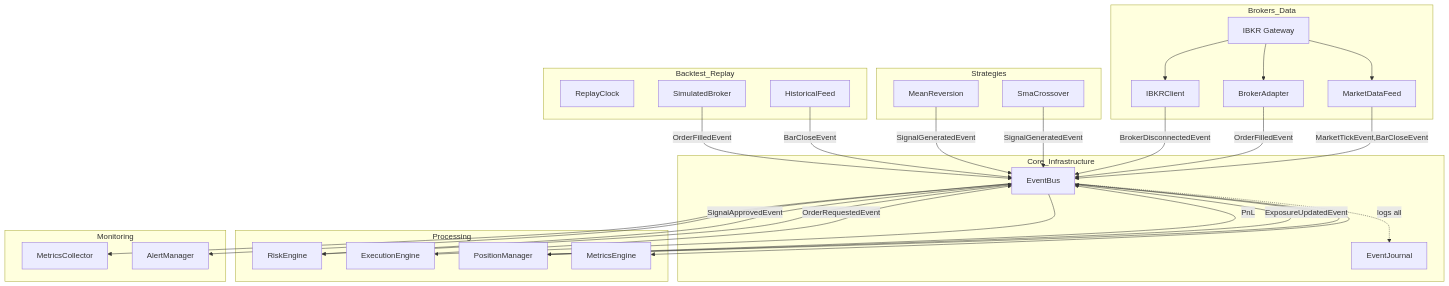
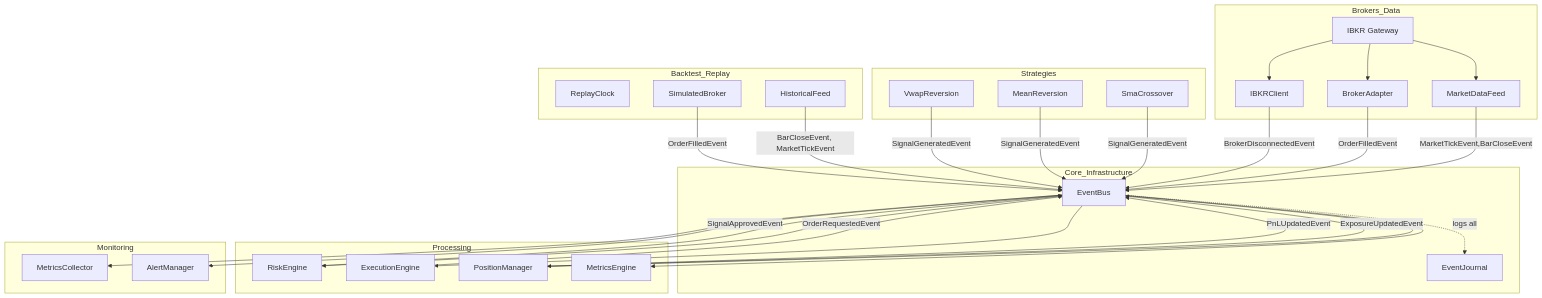
One commit to aryamsharma/edrader changed the diagram in AGENTS.md. Above: the diagram before and after it, drawn with Mermaid. The commit also changed other lines of this file and 7 other files, not shown here.

````diff
--- a/AGENTS.md
+++ b/AGENTS.md
@@ -19,54 +23,56 @@
 ```mermaid
 graph TB
     subgraph Brokers_Data
         IB[IBKR Gateway]
         MDF[MarketDataFeed]
         BA[BrokerAdapter]
         IC[IBKRClient]
     end
     subgraph Core_Infrastructure
         EB[EventBus]
         EJ[EventJournal]
     end
     subgraph Processing
         RE[RiskEngine]
         EE[ExecutionEngine]
         PM[PositionManager]
         ME[MetricsEngine]
     end
     subgraph Strategies
         SC[SmaCrossover]
         MR[MeanReversion]
+        VW[VwapReversion]
     end
     subgraph Backtest_Replay
         RC[ReplayClock]
         HF[HistoricalFeed]
         SB[SimulatedBroker]
     end
     subgraph Monitoring
         MC[MetricsCollector]
         AM[AlertManager]
     end
 
     IB --> MDF
     IB --> BA
     IB --> IC
     MDF -->|MarketTickEvent,BarCloseEvent| EB
     BA -->|OrderFilledEvent| EB
     IC -->|BrokerDisconnectedEvent| EB
     SC -->|SignalGeneratedEvent| EB
     MR -->|SignalGeneratedEvent| EB
-    HF -->|BarCloseEvent| EB
+    VW -->|SignalGeneratedEvent| EB
+    HF -->|BarCloseEvent, MarketTickEvent| EB
     SB -->|OrderFilledEvent| EB
     EB --> RE
     EB --> EE
     EB --> PM
     EB --> ME
     EB --> MC
     EB --> AM
     EB -.->|logs all| EJ
     RE -->|SignalApprovedEvent| EB
     EE -->|OrderRequestedEvent| EB
     PM -->|ExposureUpdatedEvent| EB
-    PM -->|PnL| EB
+    PM -->|PnLUpdatedEvent| EB
 ```
````
